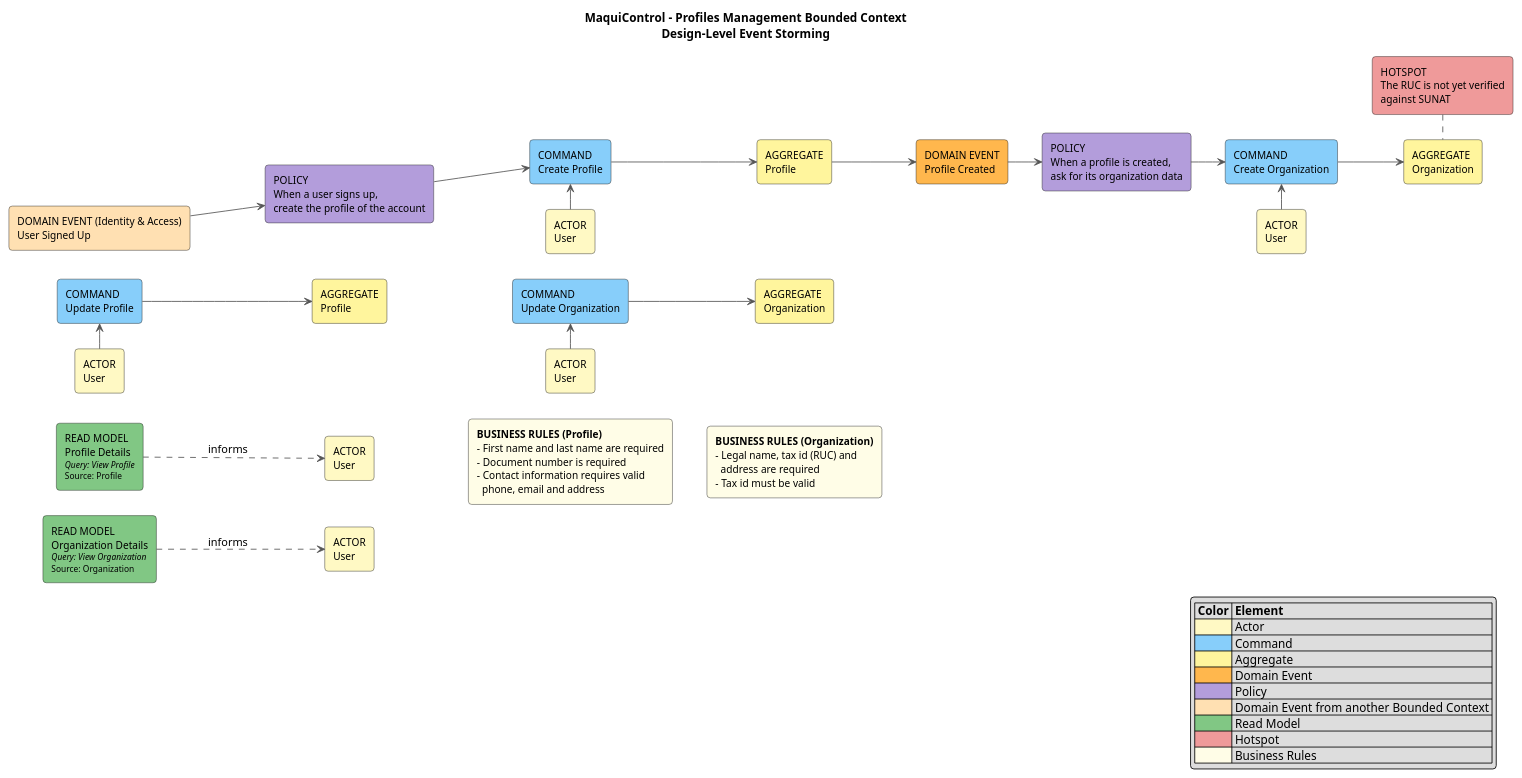
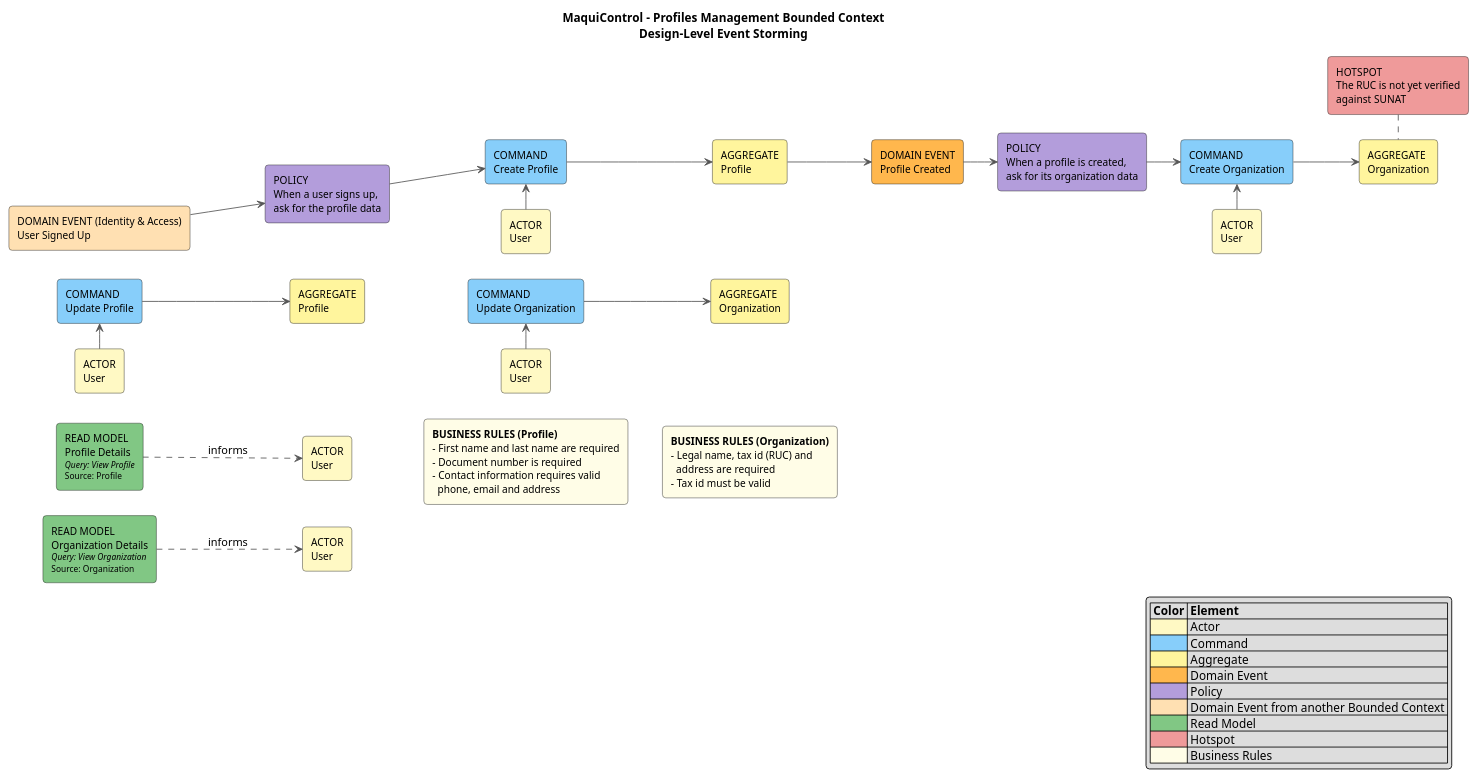
Before and after one commit to upc-pre-202620-1asi0729-7750-heavytech/maquicontrol-report: the diagram in docs/architecture/event-storming/profiles-management-design-level.puml, drawn with PlantUML. The commit also changed 5 other files, not shown here.

```diff
--- a/docs/architecture/event-storming/profiles-management-design-level.puml
+++ b/docs/architecture/event-storming/profiles-management-design-level.puml
@@ -1,75 +1,75 @@
 @startuml
 title MaquiControl - Profiles Management Bounded Context\nDesign-Level Event Storming
 
 left to right direction
 skinparam shadowing false
 skinparam roundcorner 8
 skinparam defaultFontName Arial
 skinparam rectangleFontSize 12
 skinparam ArrowColor #555555
 skinparam noteBorderColor #BDB76B
 skinparam nodesep 30
 skinparam ranksep 40
 
 rectangle "DOMAIN EVENT (Identity & Access)\nUser Signed Up" as XEVT_1 #FFE0B2
-rectangle "POLICY\nWhen a user signs up,\ncreate the profile of the account" as POL_2 #B39DDB
+rectangle "POLICY\nWhen a user signs up,\nask for the profile data" as POL_2 #B39DDB
 XEVT_1 --> POL_2
 rectangle "COMMAND\nCreate Profile" as CMD_3 #87CEFA
 rectangle "ACTOR\nUser" as ACT_4 #FFF9C4
 ACT_4 -left-> CMD_3
 POL_2 --> CMD_3
 rectangle "AGGREGATE\nProfile" as AGG_5 #FFF59D
 CMD_3 --> AGG_5
 rectangle "DOMAIN EVENT\nProfile Created" as EVT_6 #FFB74D
 AGG_5 --> EVT_6
 rectangle "POLICY\nWhen a profile is created,\nask for its organization data" as POL_7 #B39DDB
 EVT_6 --> POL_7
 rectangle "COMMAND\nCreate Organization" as CMD_8 #87CEFA
 rectangle "ACTOR\nUser" as ACT_9 #FFF9C4
 ACT_9 -left-> CMD_8
 POL_7 --> CMD_8
 rectangle "AGGREGATE\nOrganization" as AGG_10 #FFF59D
 CMD_8 --> AGG_10
 rectangle "HOTSPOT\nThe RUC is not yet verified\nagainst SUNAT" as HOT_11 #EF9A9A
 HOT_11 .right. AGG_10
 rectangle "COMMAND\nUpdate Profile" as CMD_12 #87CEFA
 rectangle "ACTOR\nUser" as ACT_13 #FFF9C4
 ACT_13 -left-> CMD_12
 rectangle "AGGREGATE\nProfile" as AGG_14 #FFF59D
 CMD_12 --> AGG_14
 rectangle "COMMAND\nUpdate Organization" as CMD_15 #87CEFA
 rectangle "ACTOR\nUser" as ACT_16 #FFF9C4
 ACT_16 -left-> CMD_15
 rectangle "AGGREGATE\nOrganization" as AGG_17 #FFF59D
 CMD_15 --> AGG_17
 AGG_14 -[hidden]-> CMD_15
 rectangle "<b>BUSINESS RULES (Profile)</b>\n- First name and last name are required\n- Document number is required\n- Contact information requires valid\n  phone, email and address" as BR_18 #FFFDE7
 rectangle "<b>BUSINESS RULES (Organization)</b>\n- Legal name, tax id (RUC) and\n  address are required\n- Tax id must be valid" as BR_19 #FFFDE7
 rectangle "READ MODEL\nProfile Details\n<size:10><i>Query: View Profile</i></size>\n<size:10>Source: Profile</size>" as RM_20 #81C784
 rectangle "ACTOR\nUser" as ACT_21 #FFF9C4
 RM_20 ..> ACT_21 : informs
 rectangle "READ MODEL\nOrganization Details\n<size:10><i>Query: View Organization</i></size>\n<size:10>Source: Organization</size>" as RM_22 #81C784
 rectangle "ACTOR\nUser" as ACT_23 #FFF9C4
 RM_22 ..> ACT_23 : informs
 
 ' Flows are stacked from top to bottom; each one reads left to right
 CMD_12 -[hidden]left-> XEVT_1
 RM_20 -[hidden]left-> CMD_12
 RM_22 -[hidden]left-> RM_20
 ACT_21 -[hidden]-> BR_18
 BR_18 -[hidden]-> BR_19
 
 legend right
 |= Color |= Element |
 |<#FFF9C4>| Actor |
 |<#87CEFA>| Command |
 |<#FFF59D>| Aggregate |
 |<#FFB74D>| Domain Event |
 |<#B39DDB>| Policy |
 |<#FFE0B2>| Domain Event from another Bounded Context |
 |<#81C784>| Read Model |
 |<#EF9A9A>| Hotspot |
 |<#FFFDE7>| Business Rules |
 endlegend
 
 @enduml
```
